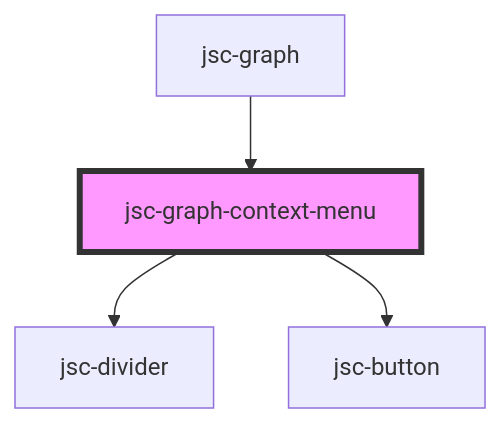
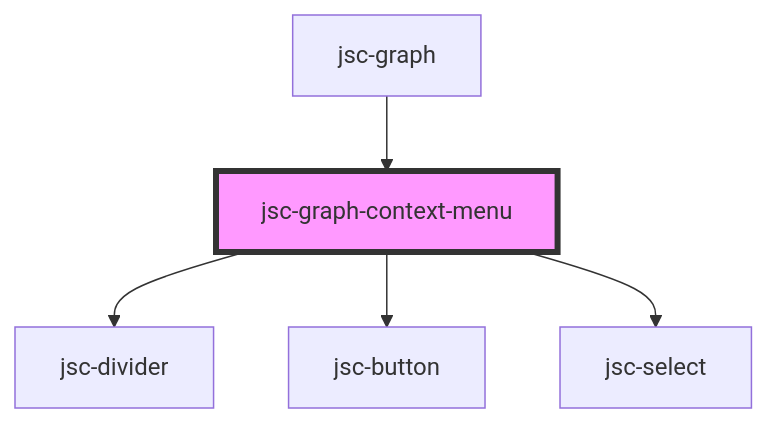
The diagram in ui_components/src/components/jsc-graph/readme.md (Jaseci-Labs/jaseci), drawn with Mermaid before and after one commit. The commit also changed other lines of this file and 8 other files, not shown here.

````diff
--- a/ui_components/src/components/jsc-graph/readme.md
+++ b/ui_components/src/components/jsc-graph/readme.md
@@ -75,7 +87,8 @@
 ```mermaid
 graph TD;
   jsc-graph-context-menu --> jsc-divider
   jsc-graph-context-menu --> jsc-button
+  jsc-graph-context-menu --> jsc-select
   jsc-graph --> jsc-graph-context-menu
   style jsc-graph-context-menu fill:#f9f,stroke:#333,stroke-width:4px
 ```
````
